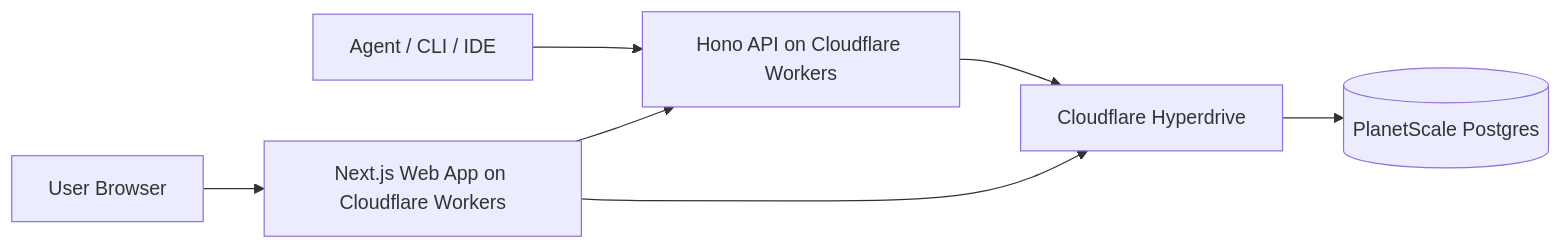
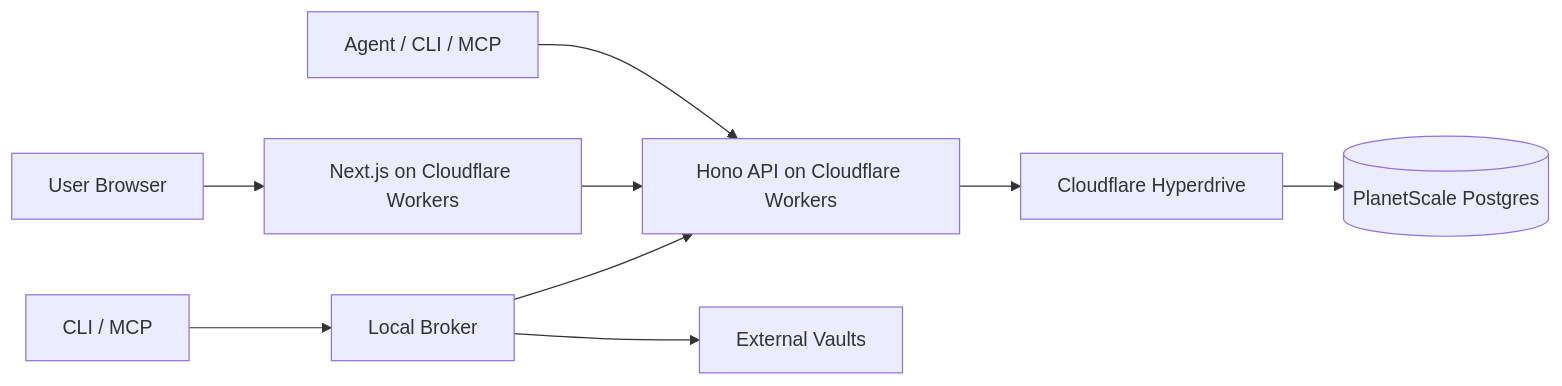
The first of 5 diagrams in docs/ARCHITECTURE.md (punitarani/abadge), drawn with Mermaid before and after one commit. The commit also changed other lines of this file and 98 other files, not shown here.

````diff
--- a/docs/ARCHITECTURE.md
+++ b/docs/ARCHITECTURE.md
@@ -16,9 +18,11 @@
 ```mermaid
 flowchart LR
-  U[User Browser] --> W[Next.js Web App on Cloudflare Workers]
-  A[Agent / CLI / IDE] --> API[Hono API on Cloudflare Workers]
+  U[User Browser] --> W[Next.js on Cloudflare Workers]
+  A[Agent / CLI / MCP] --> API[Hono API on Cloudflare Workers]
   W --> API
   API --> H[Cloudflare Hyperdrive]
-  W --> H
   H --> DB[(PlanetScale Postgres)]
+  CLI[CLI / MCP] --> Broker[Local Broker]
+  Broker --> API
+  Broker --> ExtVault[External Vaults]
 ```
````
